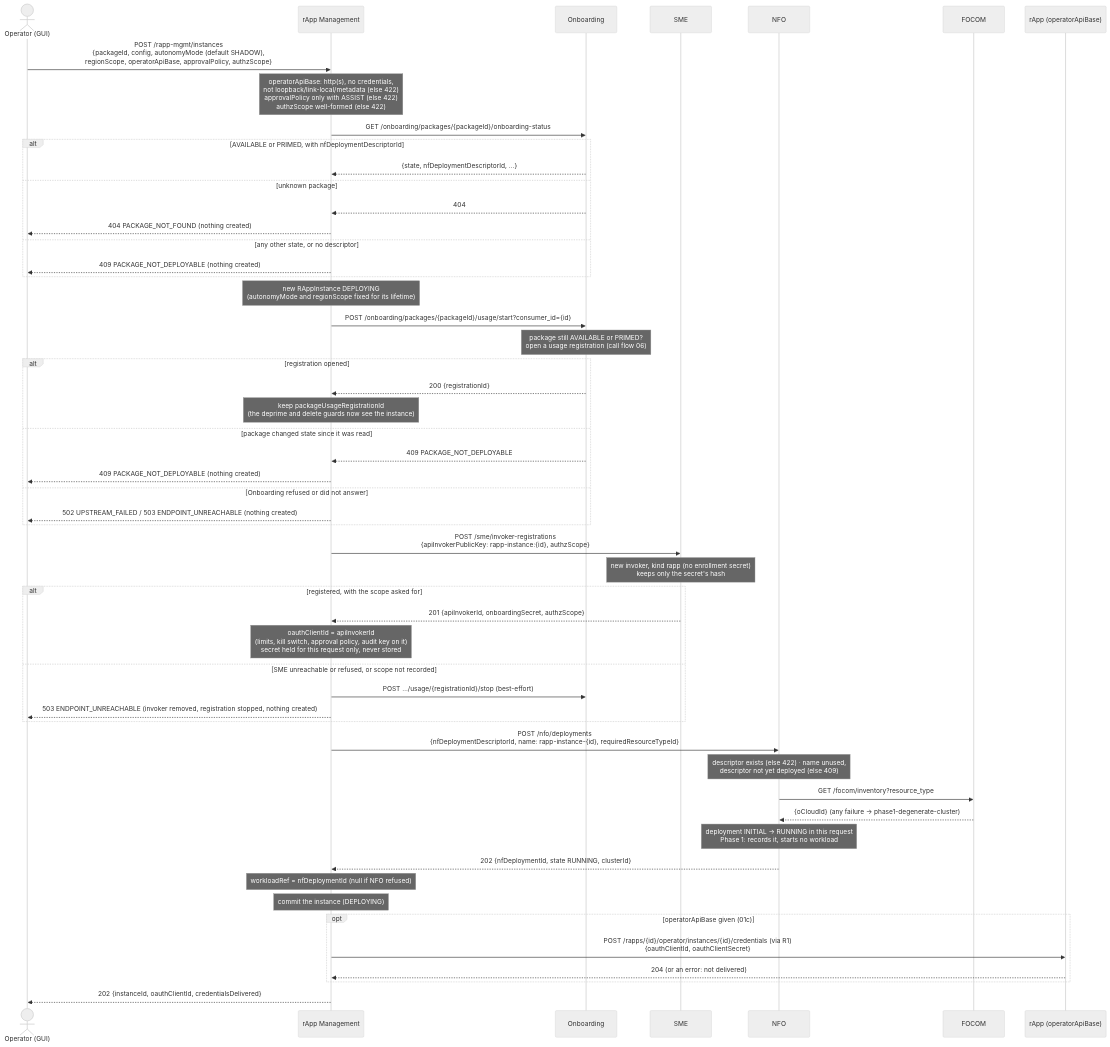
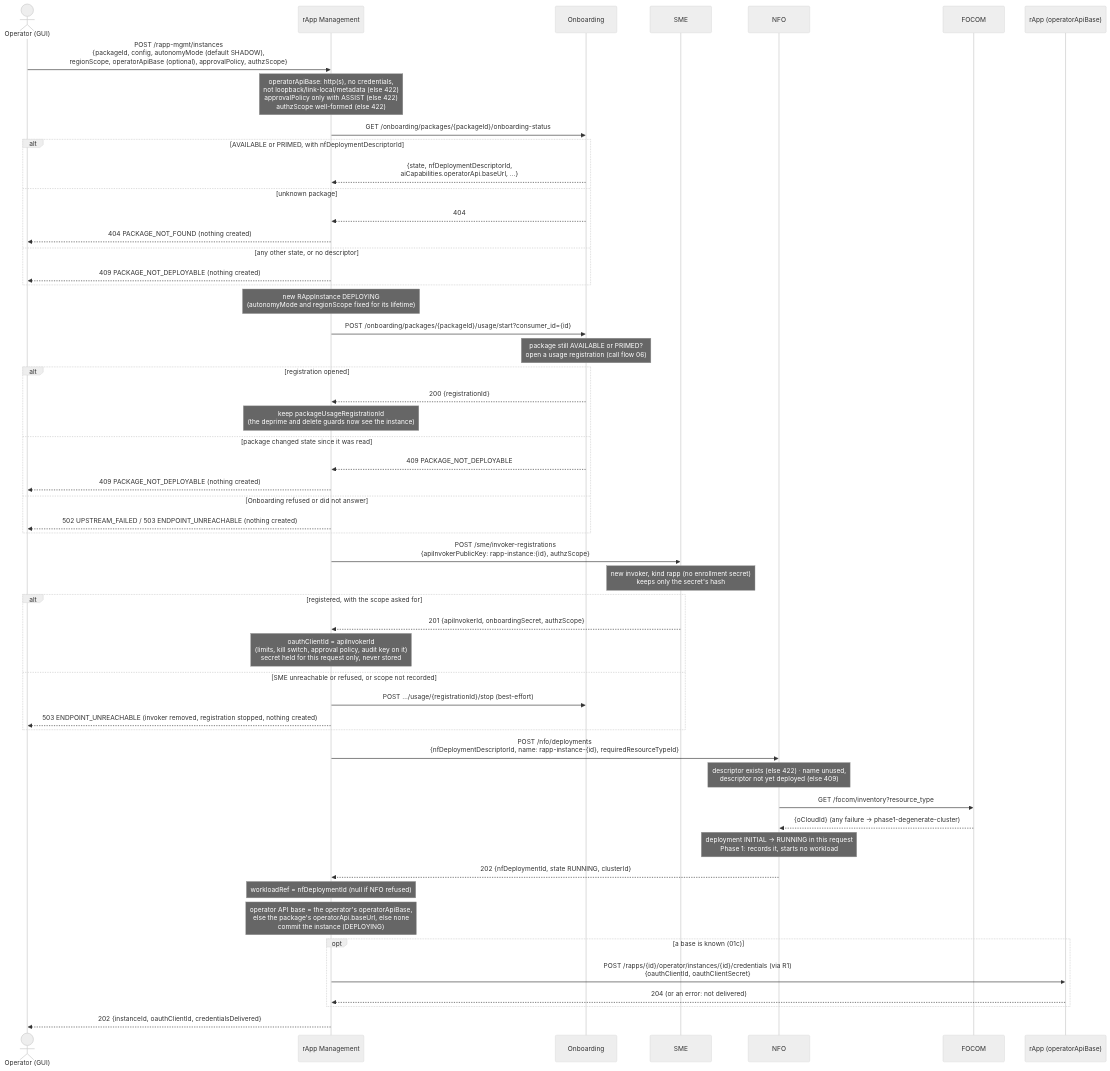
The second of 5 diagrams in smo/docs/call-flows/01-rapp-onboarding-to-deployment.md (rsys-bshankar/ai-ran-smo), drawn with Mermaid (neutral theme) before and after one commit. The commit also changed other lines of this file and 47 other files, not shown here.

First line of the commit message:
Flow 01 review: upload a CSAR from the console, the rApp's address from the manifest, production settings (DOC-CF-1.1 review)

````diff
--- a/smo/docs/call-flows/01-rapp-onboarding-to-deployment.md
+++ b/smo/docs/call-flows/01-rapp-onboarding-to-deployment.md
@@ -71,56 +76,56 @@
 ```mermaid
 sequenceDiagram
     actor Op as Operator (GUI)
     participant RM as rApp Management
     participant Onb as Onboarding
     participant SME as SME
     participant NFO as NFO
     participant FOCOM as FOCOM
     participant App as rApp (operatorApiBase)
 
-    Op->>RM: POST /rapp-mgmt/instances<br/>{packageId, config, autonomyMode (default SHADOW),<br/>regionScope, operatorApiBase, approvalPolicy, authzScope}
+    Op->>RM: POST /rapp-mgmt/instances<br/>{packageId, config, autonomyMode (default SHADOW),<br/>regionScope, operatorApiBase (optional), approvalPolicy, authzScope}
     Note over RM: operatorApiBase: http(s), no credentials,<br/>not loopback/link-local/metadata (else 422)<br/>approvalPolicy only with ASSIST (else 422)<br/>authzScope well-formed (else 422)
     RM->>Onb: GET /onboarding/packages/{packageId}/onboarding-status
     alt AVAILABLE or PRIMED, with nfDeploymentDescriptorId
-        Onb-->>RM: {state, nfDeploymentDescriptorId, …}
+        Onb-->>RM: {state, nfDeploymentDescriptorId,<br/>aiCapabilities.operatorApi.baseUrl, …}
     else unknown package
         Onb-->>RM: 404
         RM-->>Op: 404 PACKAGE_NOT_FOUND (nothing created)
     else any other state, or no descriptor
         RM-->>Op: 409 PACKAGE_NOT_DEPLOYABLE (nothing created)
     end
     Note over RM: new RAppInstance DEPLOYING<br/>(autonomyMode and regionScope fixed for its lifetime)
     RM->>Onb: POST /onboarding/packages/{packageId}/usage/start?consumer_id={id}
     Note over Onb: package still AVAILABLE or PRIMED?<br/>open a usage registration (call flow 06)
     alt registration opened
         Onb-->>RM: 200 {registrationId}
         Note over RM: keep packageUsageRegistrationId<br/>(the deprime and delete guards now see the instance)
     else package changed state since it was read
         Onb-->>RM: 409 PACKAGE_NOT_DEPLOYABLE
         RM-->>Op: 409 PACKAGE_NOT_DEPLOYABLE (nothing created)
     else Onboarding refused or did not answer
         RM-->>Op: 502 UPSTREAM_FAILED / 503 ENDPOINT_UNREACHABLE (nothing created)
     end
     RM->>SME: POST /sme/invoker-registrations<br/>{apiInvokerPublicKey: rapp-instance:{id}, authzScope}
     Note over SME: new invoker, kind rapp (no enrollment secret)<br/>keeps only the secret's hash
     alt registered, with the scope asked for
         SME-->>RM: 201 {apiInvokerId, onboardingSecret, authzScope}
         Note over RM: oauthClientId = apiInvokerId<br/>(limits, kill switch, approval policy, audit key on it)<br/>secret held for this request only, never stored
     else SME unreachable or refused, or scope not recorded
         RM->>Onb: POST …/usage/{registrationId}/stop (best-effort)
         RM-->>Op: 503 ENDPOINT_UNREACHABLE (invoker removed, registration stopped, nothing created)
     end
     RM->>NFO: POST /nfo/deployments<br/>{nfDeploymentDescriptorId, name: rapp-instance-{id}, requiredResourceTypeId}
     Note over NFO: descriptor exists (else 422) · name unused,<br/>descriptor not yet deployed (else 409)
     NFO->>FOCOM: GET /focom/inventory?resource_type
     FOCOM-->>NFO: {oCloudId} (any failure → phase1-degenerate-cluster)
     Note over NFO: deployment INITIAL → RUNNING in this request<br/>Phase 1: records it, starts no workload
     NFO-->>RM: 202 {nfDeploymentId, state RUNNING, clusterId}
     Note over RM: workloadRef = nfDeploymentId (null if NFO refused)
-    Note over RM: commit the instance (DEPLOYING)
-    opt operatorApiBase given (01c)
+    Note over RM: operator API base = the operator's operatorApiBase,<br/>else the package's operatorApi.baseUrl, else none<br/>commit the instance (DEPLOYING)
+    opt a base is known (01c)
         RM->>App: POST /rapps/{id}/operator/instances/{id}/credentials (via R1)<br/>{oauthClientId, oauthClientSecret}
         App-->>RM: 204 (or an error: not delivered)
     end
     RM-->>Op: 202 {instanceId, oauthClientId, credentialsDelivered}
 ```
````
